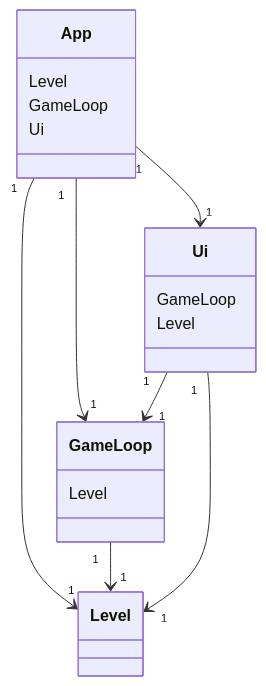
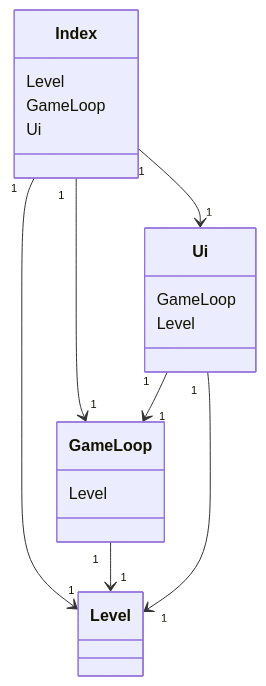
Before and after one commit to AapoTuulentie/ot-harjoitusty-: the first of 2 diagrams in dokumentaatio/arkkitehtuuri.md, drawn with Mermaid. The commit also changed other lines of this file, not shown here.

````diff
--- a/dokumentaatio/arkkitehtuuri.md
+++ b/dokumentaatio/arkkitehtuuri.md
@@ -9,33 +9,33 @@
 ```mermaid
     classDiagram
 
-        App "1" --> "1" GameLoop
-        App "1" --> "1" Level
+        Index "1" --> "1" GameLoop
+        Index "1" --> "1" Level
         GameLoop "1" --> "1" Level
-        App "1" --> "1" Ui
+        Index "1" --> "1" Ui
         Ui "1" --> "1" GameLoop
         Ui "1" --> "1" Level
 
-        class App{
+        class Index{
             Level
             GameLoop
             Ui
 
         }
 
     class Level{
 
 
     }
 
     class GameLoop{
         Level
 
     }
 
     class Ui{
         GameLoop
         Level
     }
     
 ```
````
